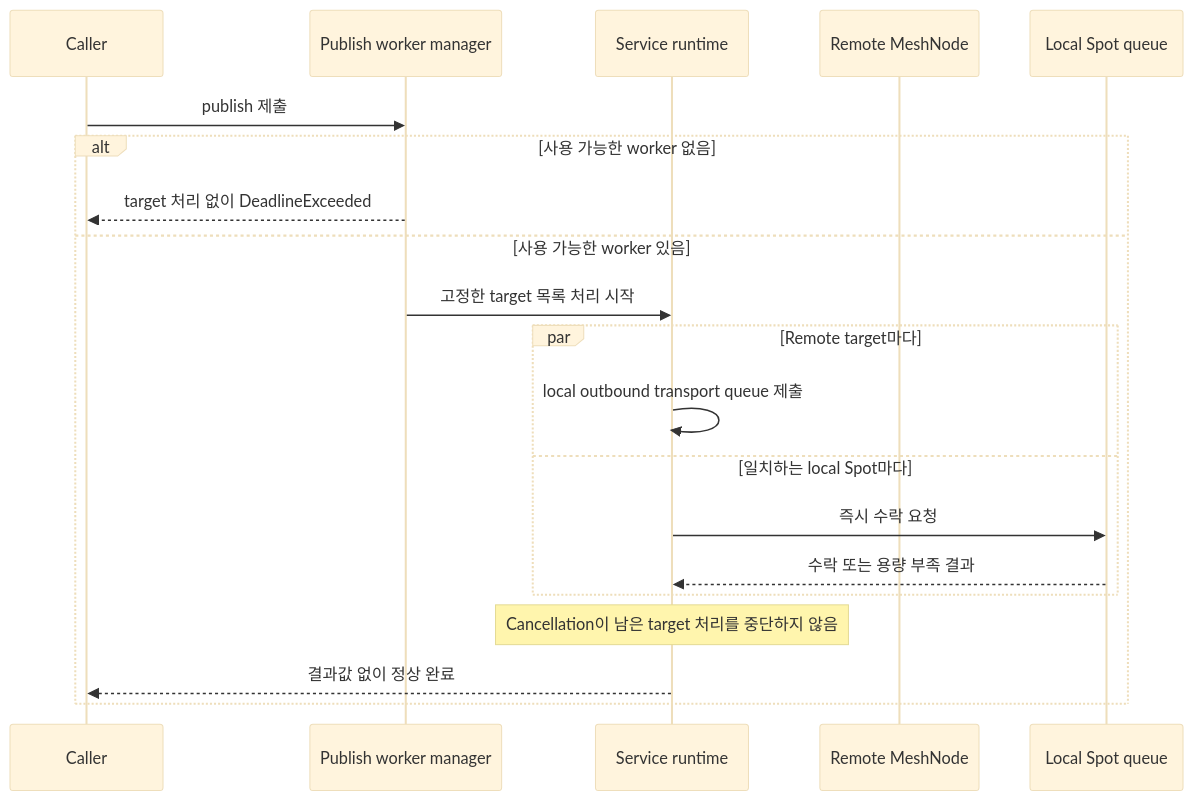
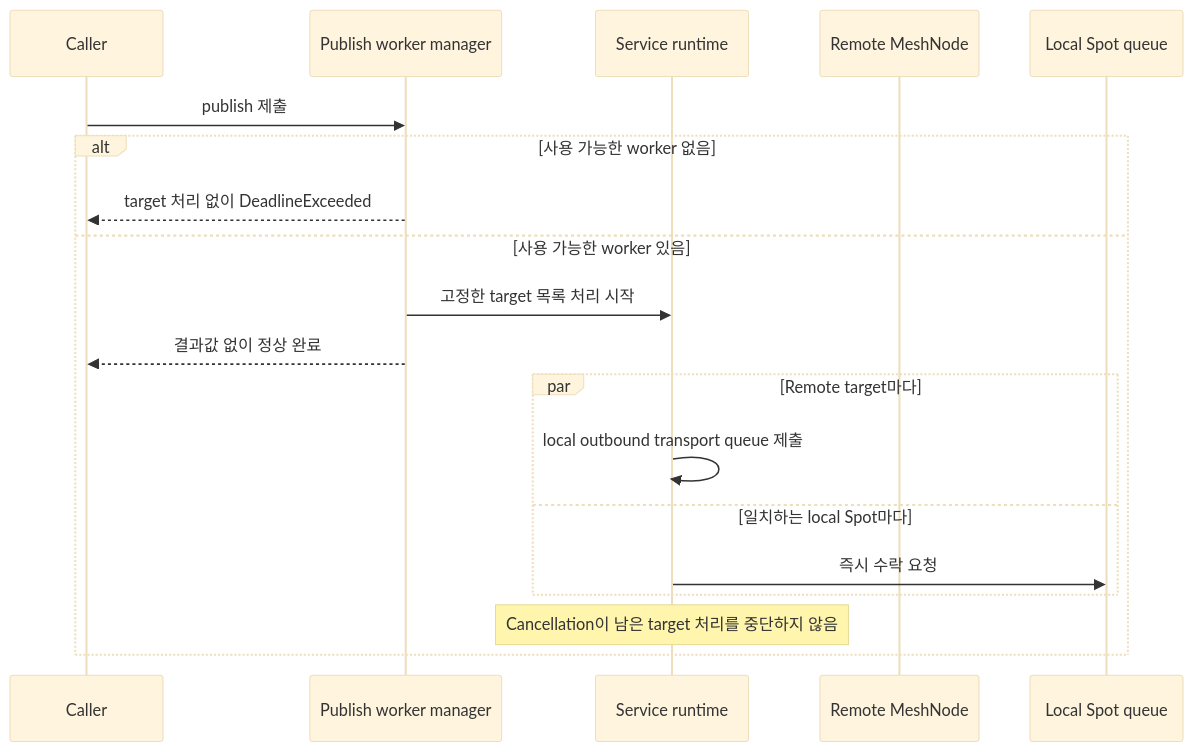
The third of 3 diagrams in framework/doc/framework/common/spec/20-spot-messaging.ko.md (kairos-code-dev/zlink), drawn with Mermaid (base theme) before and after one commit. The commit also changed other lines of this file and 920 other files, not shown here.

````diff
--- a/framework/doc/framework/common/spec/20-spot-messaging.ko.md
+++ b/framework/doc/framework/common/spec/20-spot-messaging.ko.md
@@ -713,23 +715,22 @@
 ```mermaid
 sequenceDiagram
     participant Caller
     participant Executor as Publish worker manager
     participant Runtime as Service runtime
     participant Remote as Remote MeshNode
     participant Local as Local Spot queue
 
     Caller->>Executor: publish 제출
     alt 사용 가능한 worker 없음
         Executor-->>Caller: target 처리 없이 DeadlineExceeded
     else 사용 가능한 worker 있음
         Executor->>Runtime: 고정한 target 목록 처리 시작
+        Executor-->>Caller: 결과값 없이 정상 완료
         par Remote target마다
             Runtime->>Runtime: local outbound transport queue 제출
         and 일치하는 local Spot마다
             Runtime->>Local: 즉시 수락 요청
-            Local-->>Runtime: 수락 또는 용량 부족 결과
         end
         Note over Runtime: Cancellation이 남은 target 처리를 중단하지 않음
-        Runtime-->>Caller: 결과값 없이 정상 완료
     end
 ```
````
